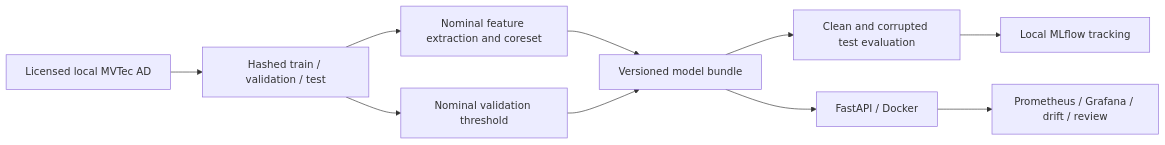
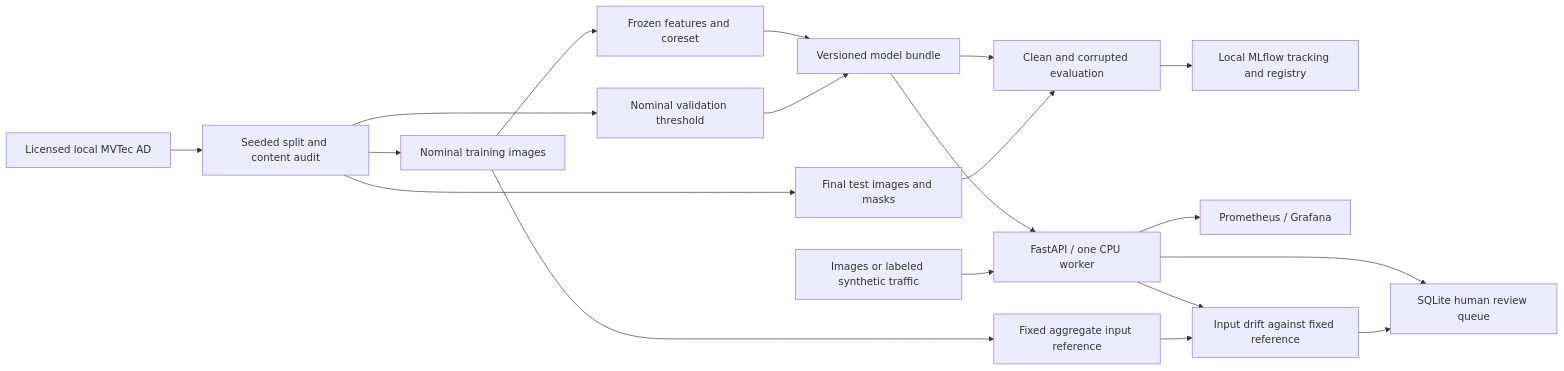
The diagram in README.md (palonso-v/reliable-vision), drawn with Mermaid before and after one commit. The commit also changed other lines of this file and 19 other files, not shown here.

````diff
--- a/README.md
+++ b/README.md
@@ -83,12 +31,21 @@
 ```mermaid
 flowchart LR
-    Data[Licensed local MVTec AD] --> Split[Hashed train / validation / test]
-    Split --> Train[Nominal feature extraction and coreset]
-    Train --> Bank[Versioned model bundle]
+    Data[Licensed local MVTec AD] --> Split[Seeded split and content audit]
+    Split --> Train[Nominal training images]
+    Train --> Fit[Frozen features and coreset]
     Split --> Val[Nominal validation threshold]
-    Val --> Bank
-    Bank --> Eval[Clean and corrupted test evaluation]
-    Eval --> MLflow[Local MLflow tracking]
-    Bank --> API[FastAPI / Docker]
-    API --> Monitor[Prometheus / Grafana / drift / review]
+    Fit --> Bundle[Versioned model bundle]
+    Val --> Bundle
+    Split --> Test[Final test images and masks]
+    Bundle --> Eval[Clean and corrupted evaluation]
+    Test --> Eval
+    Eval --> MLflow[Local MLflow tracking and registry]
+    Train --> Ref[Fixed aggregate input reference]
+    Bundle --> API[FastAPI / one CPU worker]
+    Input[Images or labeled synthetic traffic] --> API
+    API --> Metrics[Prometheus / Grafana]
+    API --> Drift[Input drift against fixed reference]
+    Ref --> Drift
+    API --> Review[SQLite human review queue]
+    Drift --> Review
 ```
````
